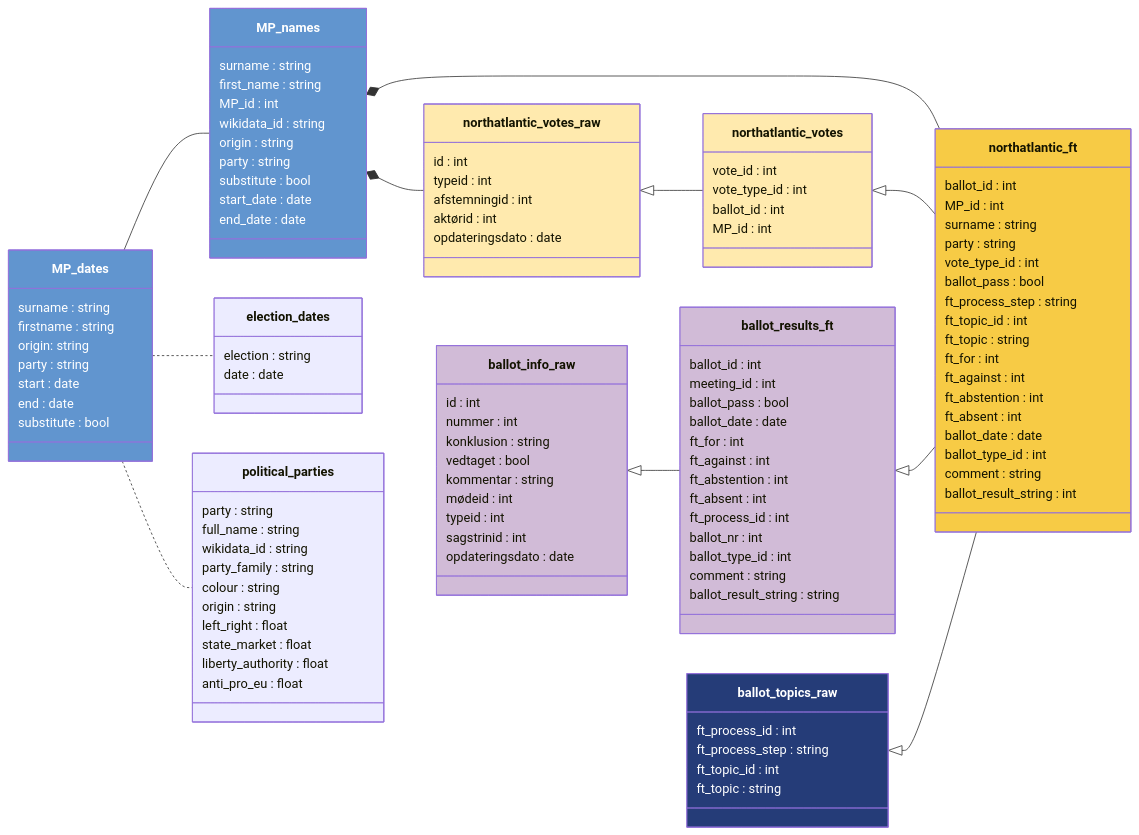
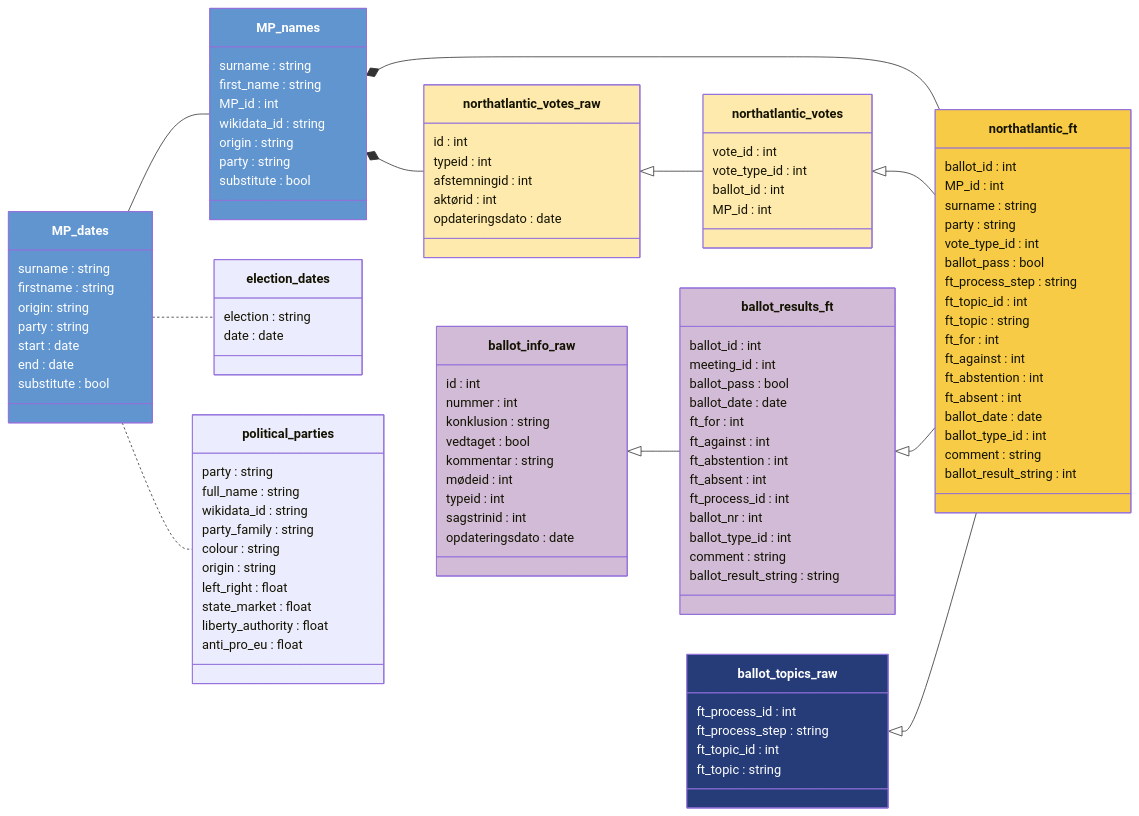
One commit to mtwente/nordatlantisk-ft changed the diagram in docs/codebook.qmd. Above: the diagram before and after it, drawn with Mermaid. The commit also changed other lines of this file and 4 other files, not shown here.

```diff
--- a/docs/codebook.qmd
+++ b/docs/codebook.qmd
@@ -168,8 +168,6 @@
         origin : string
         party : string
         substitute : bool
-        start_date : date
-        end_date : date
     }
 
     class ballot_results_ft {
```
